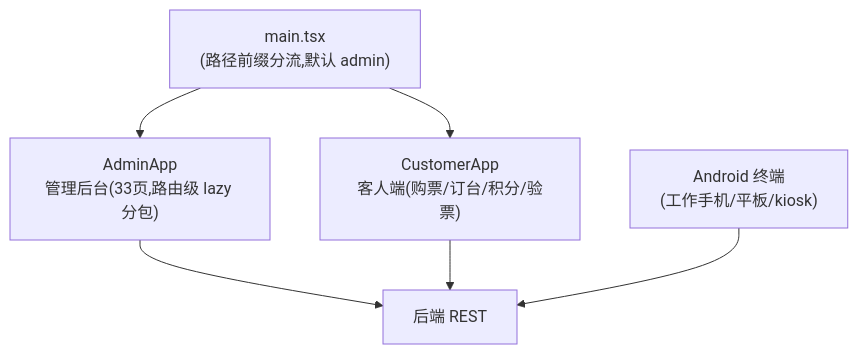
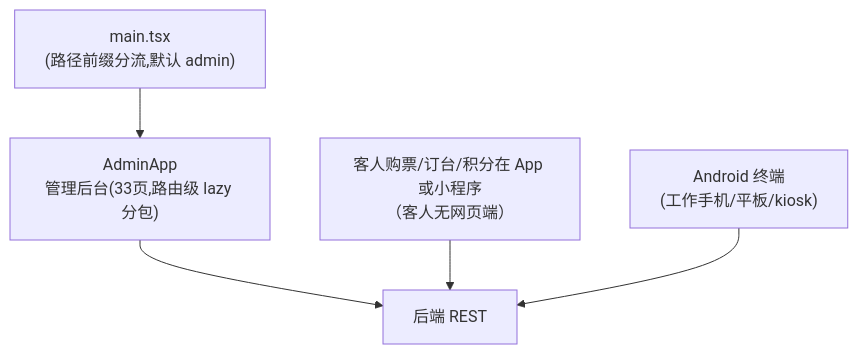
One commit to jxh1979/mall changed the fifth of 5 diagrams in docs/architecture-overview-v0.1.md. Above: the diagram before and after it, drawn with Mermaid. The commit also changed other lines of this file and 15 other files, not shown here.

````diff
--- a/docs/architecture-overview-v0.1.md
+++ b/docs/architecture-overview-v0.1.md
@@ -133,9 +132,9 @@
 ```mermaid
 graph TB
   MAIN["main.tsx<br/>(路径前缀分流,默认 admin)"]
   MAIN --> ADM["AdminApp<br/>管理后台(33页,路由级 lazy 分包)"]
-  MAIN --> CUST["CustomerApp<br/>客人端(购票/订台/积分/验票)"]
+  CUST["客人购票/订台/积分在 App 或小程序<br/>（客人无网页端）"]
   ADM --> APIc["后端 REST"]
   CUST --> APIc
   ANDR["Android 终端<br/>(工作手机/平板/kiosk)"] --> APIc
 ```
````
